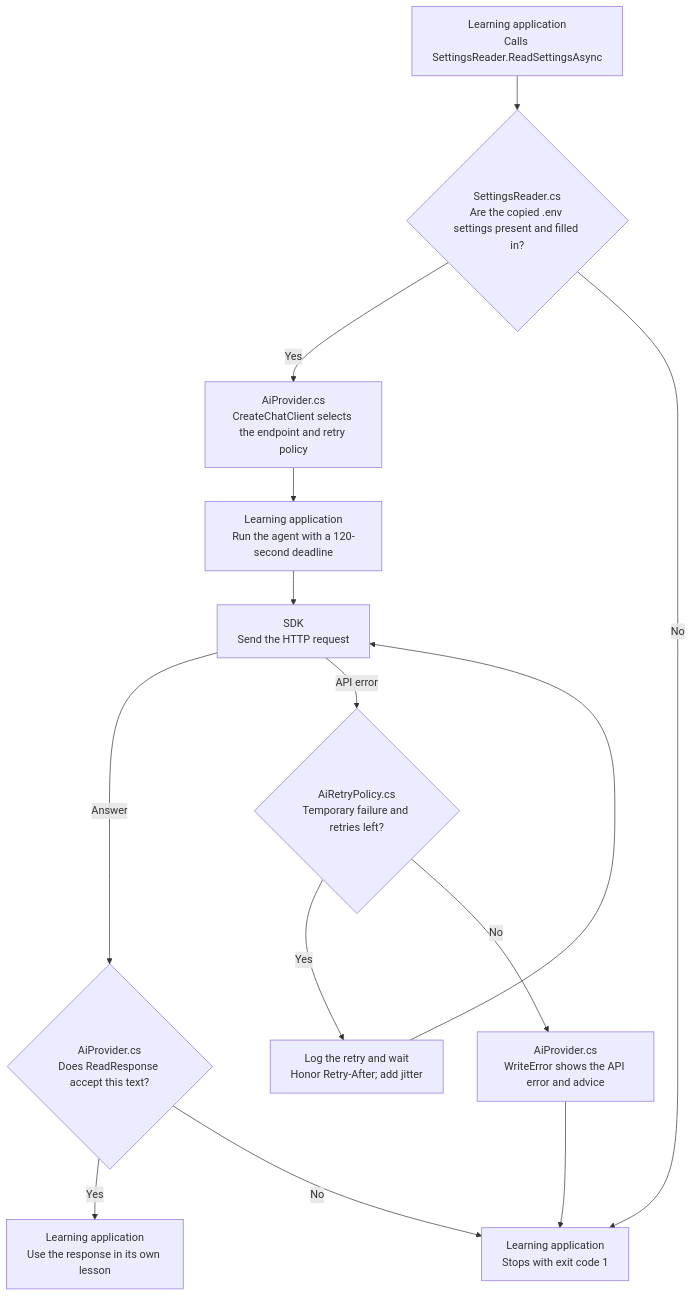
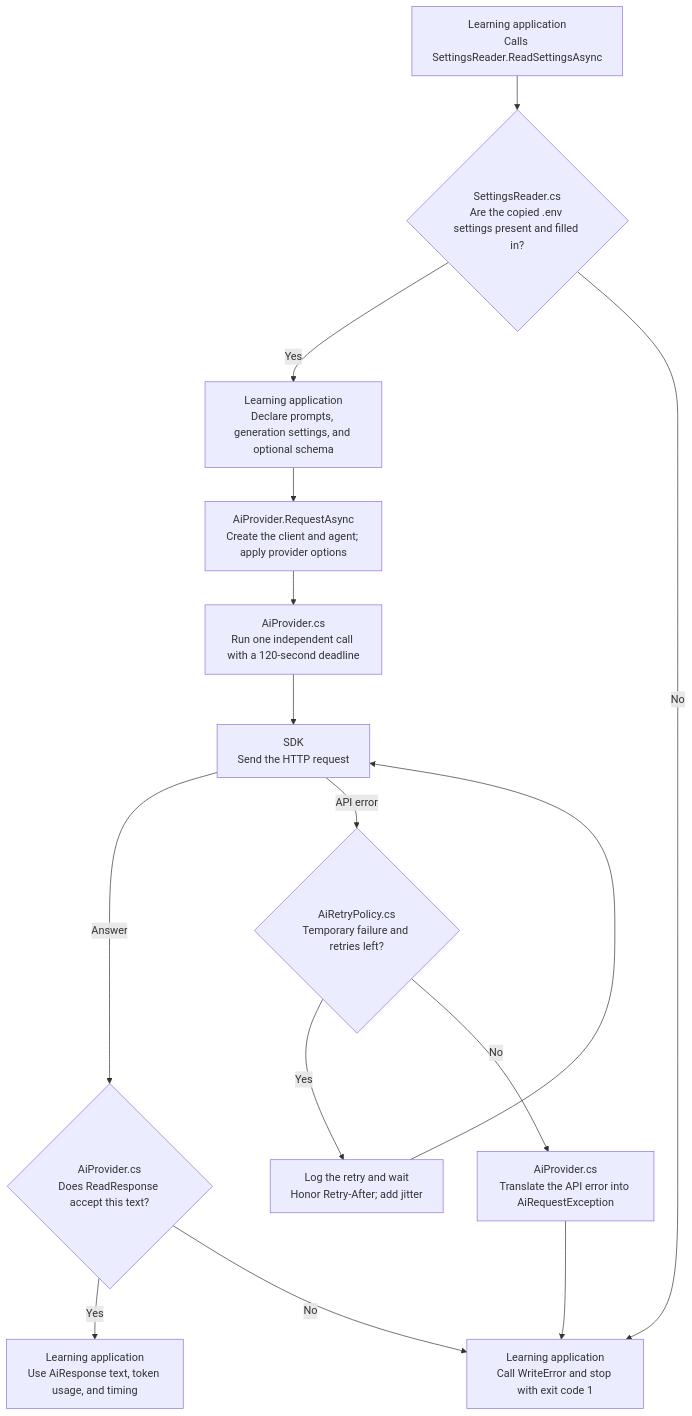
One commit to KhosroPakmanesh/ai-engineering-training changed the diagram in shared/shared/README.md. Above: the diagram before and after it, drawn with Mermaid. The commit also changed other lines of this file and 53 other files, not shown here.

````diff
--- a/shared/shared/README.md
+++ b/shared/shared/README.md
@@ -20,16 +23,17 @@
 ```mermaid
 flowchart TD
     A["Learning application<br/>Calls SettingsReader.ReadSettingsAsync"] --> B{"SettingsReader.cs<br/>Are the copied .env settings present and filled in?"}
-    B -->|Yes| C["AiProvider.cs<br/>CreateChatClient selects the endpoint and retry policy"]
-    C --> D["Learning application<br/>Run the agent with a 120-second deadline"]
+    B -->|Yes| C["Learning application<br/>Declare prompts, generation settings, and optional schema"]
+    C --> P["AiProvider.RequestAsync<br/>Create the client and agent; apply provider options"]
+    P --> D["AiProvider.cs<br/>Run one independent call with a 120-second deadline"]
     D --> R["SDK<br/>Send the HTTP request"]
     R -->|Answer| E{"AiProvider.cs<br/>Does ReadResponse accept this text?"}
-    E -->|Yes| F["Learning application<br/>Use the response in its own lesson"]
+    E -->|Yes| F["Learning application<br/>Use AiResponse text, token usage, and timing"]
     R -->|API error| Q{"AiRetryPolicy.cs<br/>Temporary failure and retries left?"}
     Q -->|Yes| W["Log the retry and wait<br/>Honor Retry-After; add jitter"]
     W --> R
-    Q -->|No| G["AiProvider.cs<br/>WriteError shows the API error and advice"]
-    G --> H["Learning application<br/>Stops with exit code 1"]
+    Q -->|No| G["AiProvider.cs<br/>Translate the API error into AiRequestException"]
+    G --> H["Learning application<br/>Call WriteError and stop with exit code 1"]
     B -->|No| H
     E -->|No| H
 ```
````
